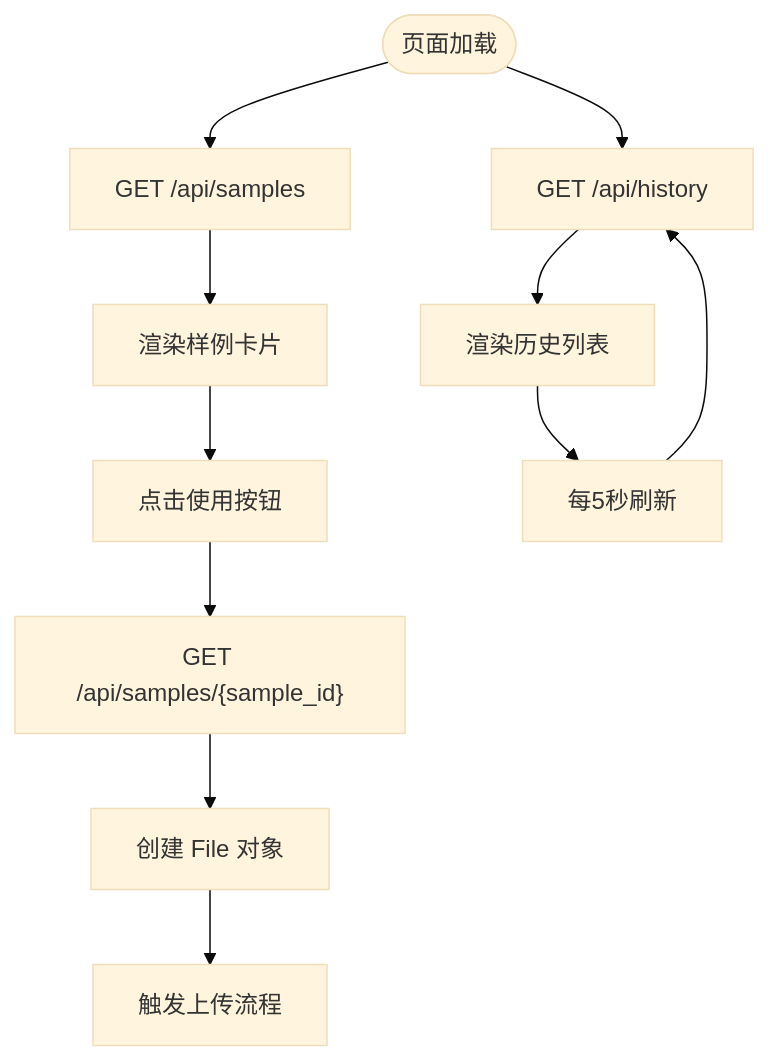
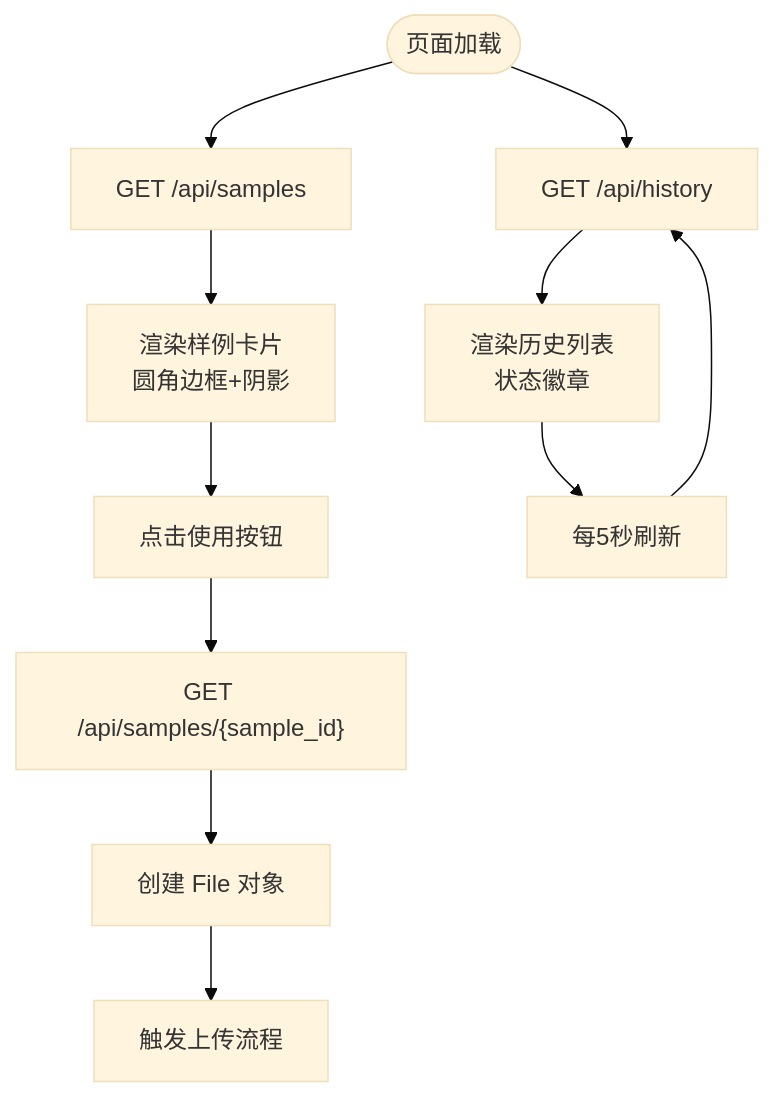
One commit to tjujingzong/Novel-to-Screenplay changed the seventh of 10 diagrams in .qoder/repowiki/zh/content/前端界面/前端界面.md. Above: the diagram before and after it, drawn with Mermaid (base theme). The commit also changed other lines of this file and 6 other files, not shown here.

````diff
--- a/.qoder/repowiki/zh/content/前端界面/前端界面.md
+++ b/.qoder/repowiki/zh/content/前端界面/前端界面.md
@@ -396,13 +417,13 @@
 ```mermaid
 flowchart TD
 Start(["页面加载"]) --> LoadSamples["GET /api/samples"]
-LoadSamples --> RenderSamples["渲染样例卡片"]
+LoadSamples --> RenderSamples["渲染样例卡片<br/>圆角边框+阴影"]
 RenderSamples --> UseSample["点击使用按钮"]
 UseSample --> GetSample["GET /api/samples/{sample_id}"]
 GetSample --> CreateFile["创建 File 对象"]
 CreateFile --> TriggerUpload["触发上传流程"]
 Start --> LoadHistory["GET /api/history"]
-LoadHistory --> RenderHistory["渲染历史列表"]
+LoadHistory --> RenderHistory["渲染历史列表<br/>状态徽章"]
 RenderHistory --> AutoRefresh["每5秒刷新"]
 AutoRefresh --> LoadHistory
 ```
````
